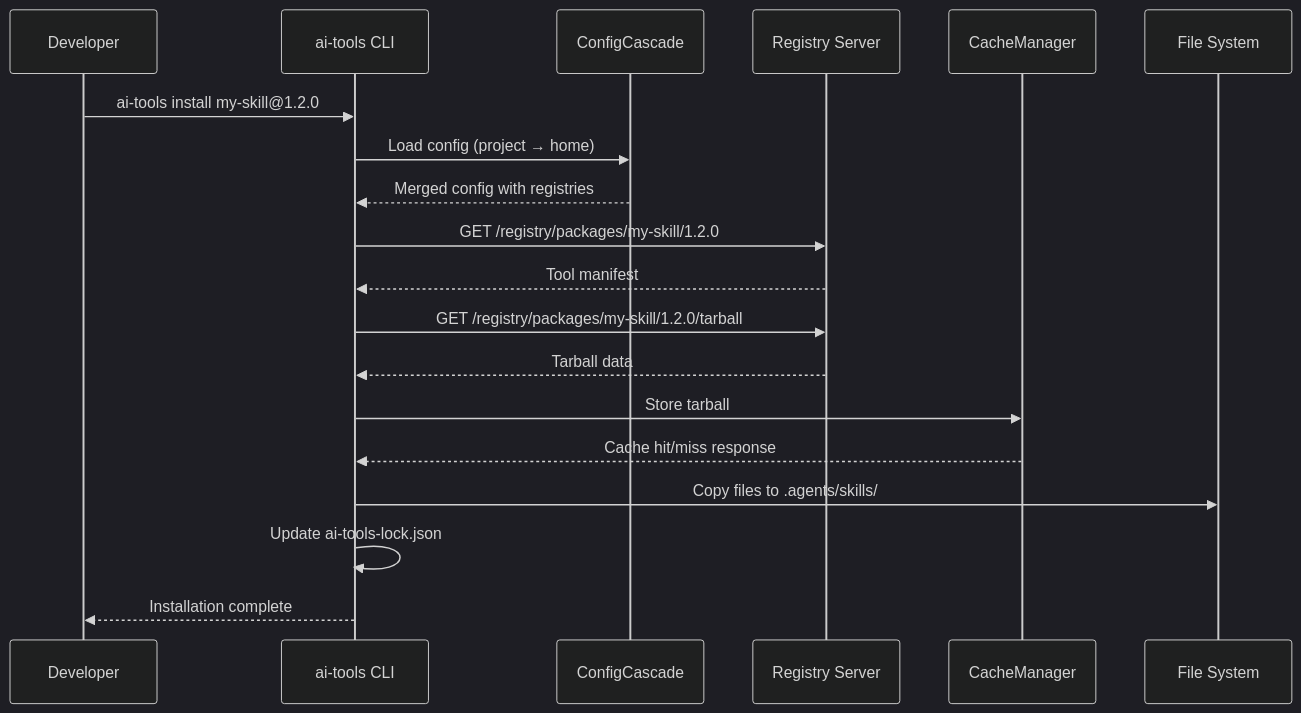
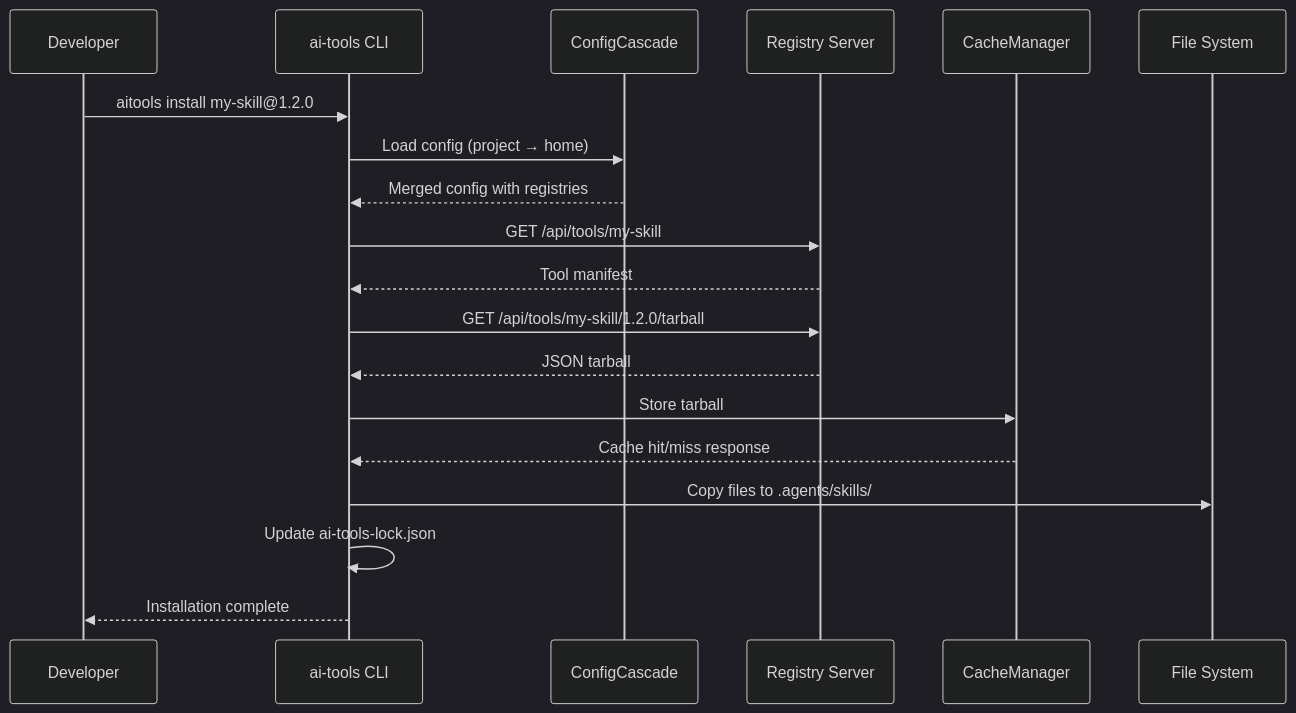
One commit to bitgenetics/aitools changed the third of 4 diagrams in docs/design/system-architecture.md. Above: the diagram before and after it, drawn with Mermaid (dark theme). The commit also changed other lines of this file and 13 other files, not shown here.

````diff
--- a/docs/design/system-architecture.md
+++ b/docs/design/system-architecture.md
@@ -108,22 +108,22 @@
 ```mermaid
 sequenceDiagram
     participant Dev as Developer
     participant CLI as ai-tools CLI
     participant Config as ConfigCascade
     participant Registry as Registry Server
     participant Cache as CacheManager
     participant FS as File System
 
-    Dev->>CLI: ai-tools install my-skill@1.2.0
+    Dev->>CLI: aitools install my-skill@1.2.0
     CLI->>Config: Load config (project → home)
     Config-->>CLI: Merged config with registries
-    CLI->>Registry: GET /registry/packages/my-skill/1.2.0
+    CLI->>Registry: GET /api/tools/my-skill
     Registry-->>CLI: Tool manifest
-    CLI->>Registry: GET /registry/packages/my-skill/1.2.0/tarball
-    Registry-->>CLI: Tarball data
+    CLI->>Registry: GET /api/tools/my-skill/1.2.0/tarball
+    Registry-->>CLI: JSON tarball
     CLI->>Cache: Store tarball
     Cache-->>CLI: Cache hit/miss response
     CLI->>FS: Copy files to .agents/skills/
     CLI->>CLI: Update ai-tools-lock.json
     CLI-->>Dev: Installation complete
 ```
````
